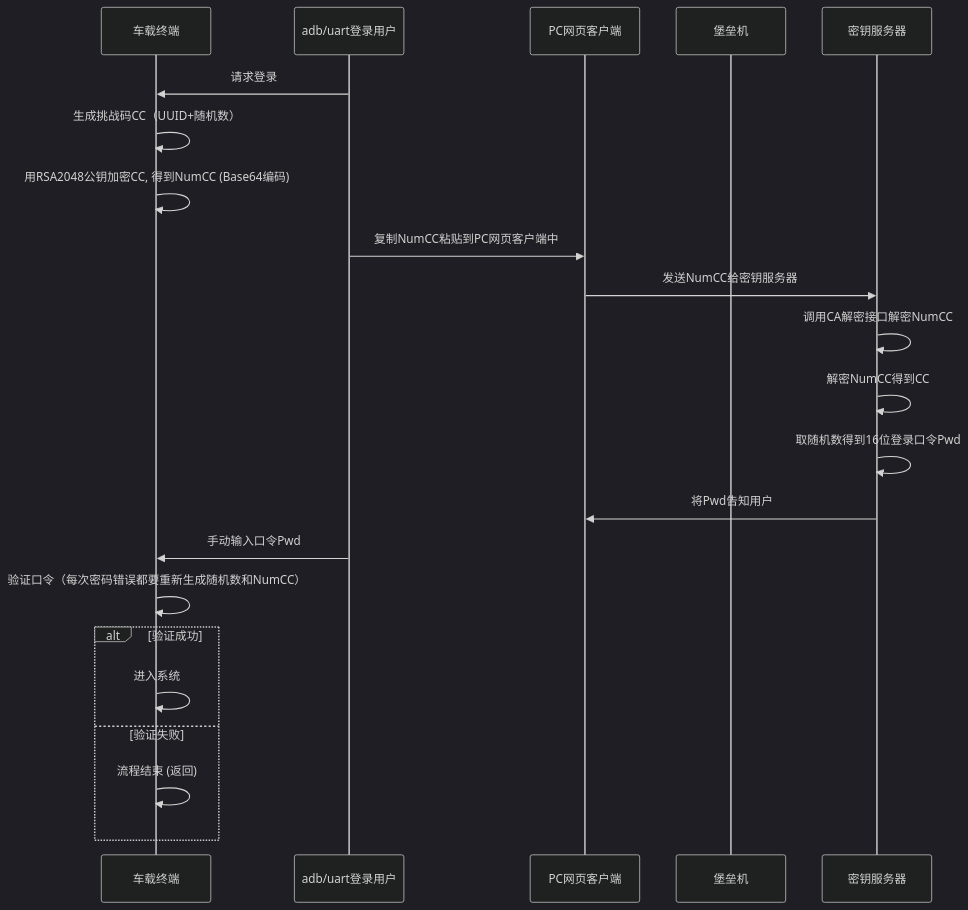
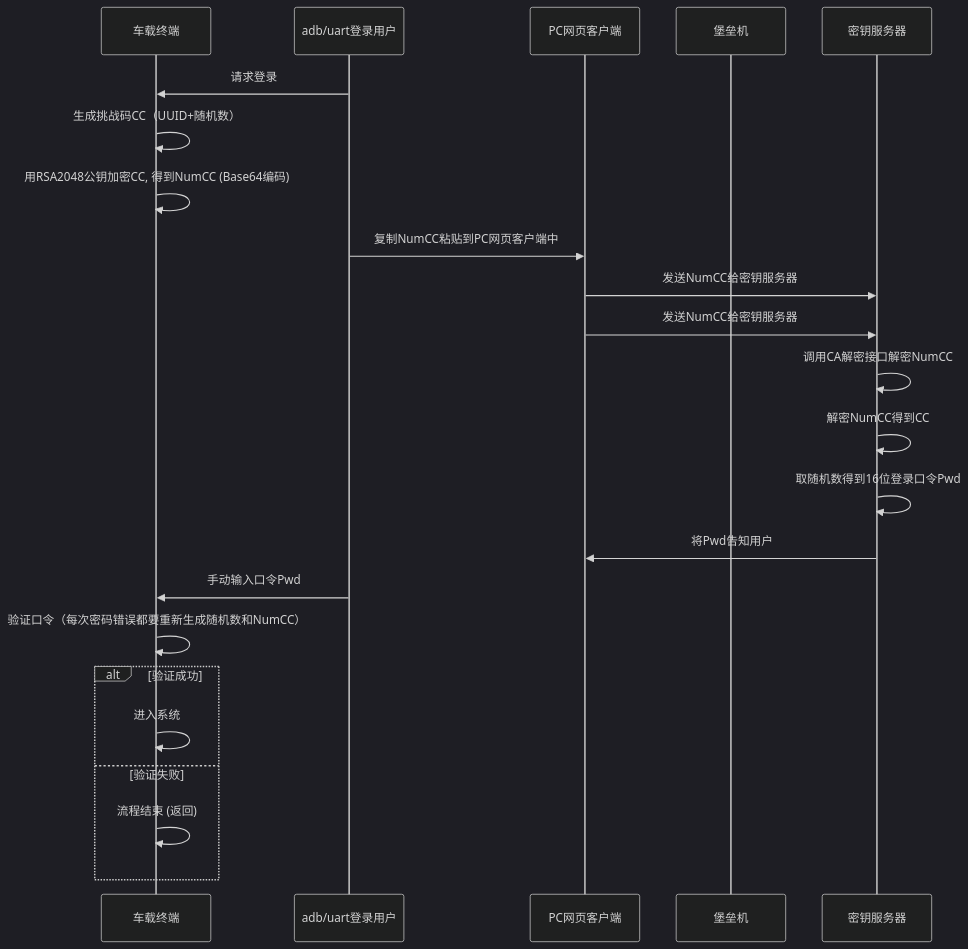
The diagram in all/未命名-16.md (facebook-cloud/iodraw-files), drawn with Mermaid (dark theme) before and after one commit.

Commit message:
2026-02-05 18:04:20 update

````diff
--- a/all/未命名-16.md
+++ b/all/未命名-16.md
@@ -1,28 +1,29 @@
 ```mermaid
 sequenceDiagram
     participant tbox as 车载终端
     participant user as adb/uart登录用户
     participant pc as PC网页客户端
-    participant ba as 堡垒机
+    participant bastion as 堡垒机
     participant tech_center as 密钥服务器
   
 
     user->>tbox: 请求登录
     tbox->>tbox: 生成挑战码CC（UUID+随机数）
     tbox->>tbox: 用RSA2048公钥加密CC, 得到NumCC (Base64编码)
     user->>pc: 复制NumCC粘贴到PC网页客户端中
+    pc->>tech_center: 发送NumCC给密钥服务器
     pc->>tech_center: 发送NumCC给密钥服务器
     tech_center->>tech_center: 调用CA解密接口解密NumCC
     tech_center->>tech_center: 解密NumCC得到CC
     tech_center->>tech_center: 取随机数得到16位登录口令Pwd
     tech_center->>pc: 将Pwd告知用户
     user->>tbox: 手动输入口令Pwd
     tbox->>tbox: 验证口令（每次密码错误都要重新生成随机数和NumCC）
     alt 验证成功
         tbox->>tbox: 进入系统
     else 验证失败
         tbox->>tbox: 流程结束 (返回)
     end
 
 
 ```
````
